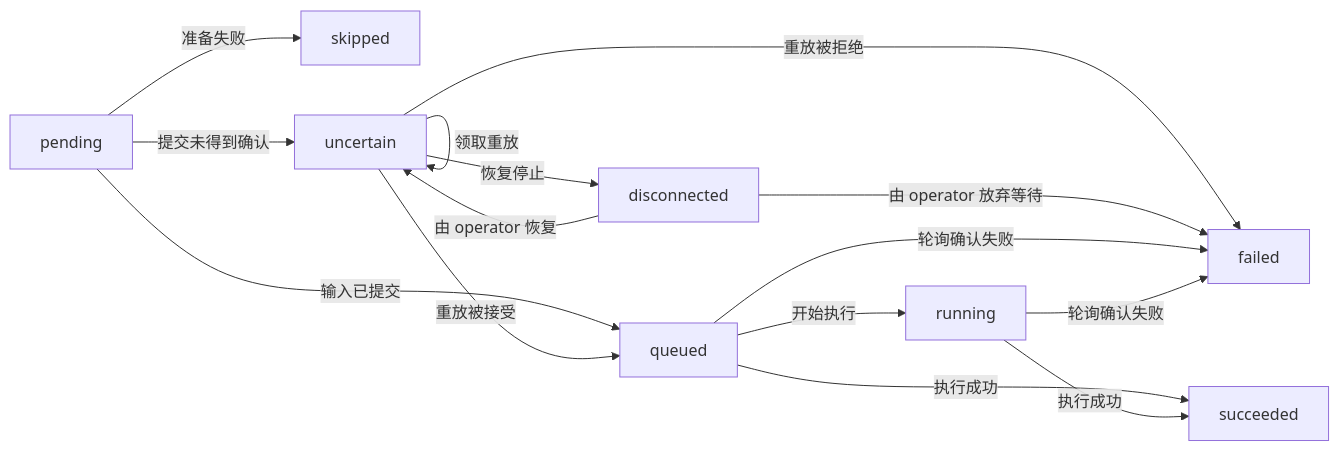
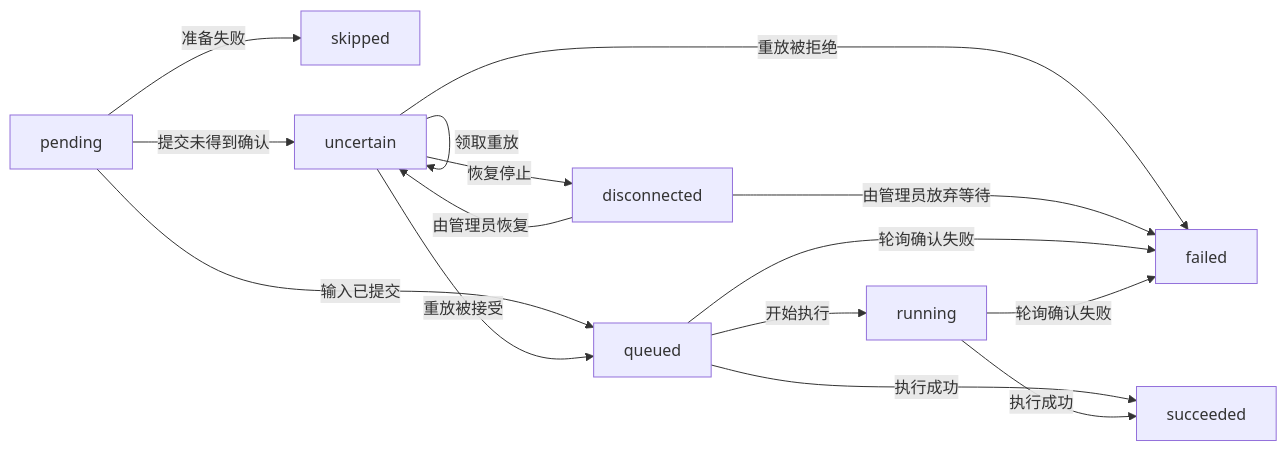
The second of 4 diagrams in contracts/review-runs-api/v1/STATE_MACHINES.zh.md (Agent-AI-Chalmers/sec-review-bot), drawn with Mermaid before and after one commit. The commit also changed other lines of this file and 12 other files, not shown here.

````diff
--- a/contracts/review-runs-api/v1/STATE_MACHINES.zh.md
+++ b/contracts/review-runs-api/v1/STATE_MACHINES.zh.md
@@ -61,25 +61,25 @@
 ```mermaid
 flowchart LR
   execution_pending["pending"]
   execution_queued["queued"]
   execution_running["running"]
   execution_succeeded["succeeded"]
   execution_skipped["skipped"]
   execution_uncertain["uncertain"]
   execution_disconnected["disconnected"]
   execution_failed["failed"]
   execution_pending -->|"输入已提交"| execution_queued
   execution_pending -->|"准备失败"| execution_skipped
   execution_pending -->|"提交未得到确认"| execution_uncertain
   execution_uncertain -->|"领取重放"| execution_uncertain
   execution_uncertain -->|"重放被接受"| execution_queued
   execution_uncertain -->|"重放被拒绝"| execution_failed
   execution_uncertain -->|"恢复停止"| execution_disconnected
-  execution_disconnected -->|"由 operator 恢复"| execution_uncertain
-  execution_disconnected -->|"由 operator 放弃等待"| execution_failed
+  execution_disconnected -->|"由管理员恢复"| execution_uncertain
+  execution_disconnected -->|"由管理员放弃等待"| execution_failed
   execution_queued -->|"开始执行"| execution_running
   execution_queued -->|"执行成功"| execution_succeeded
   execution_running -->|"执行成功"| execution_succeeded
   execution_queued -->|"轮询确认失败"| execution_failed
   execution_running -->|"轮询确认失败"| execution_failed
 ```
````
